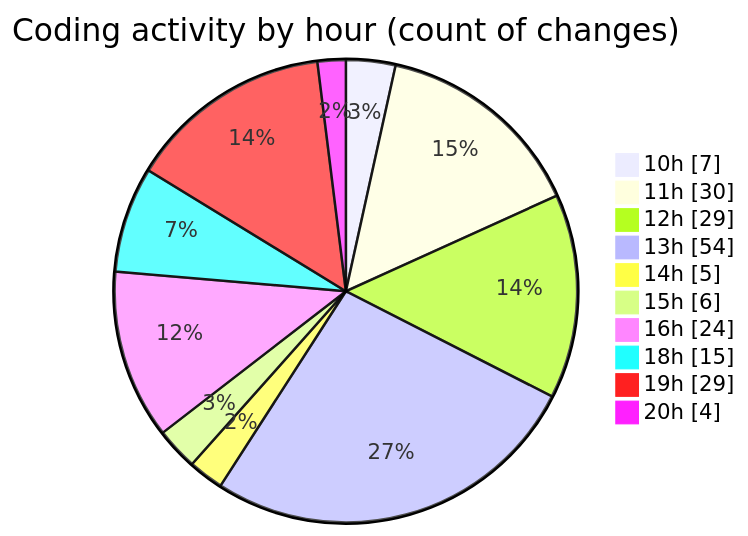
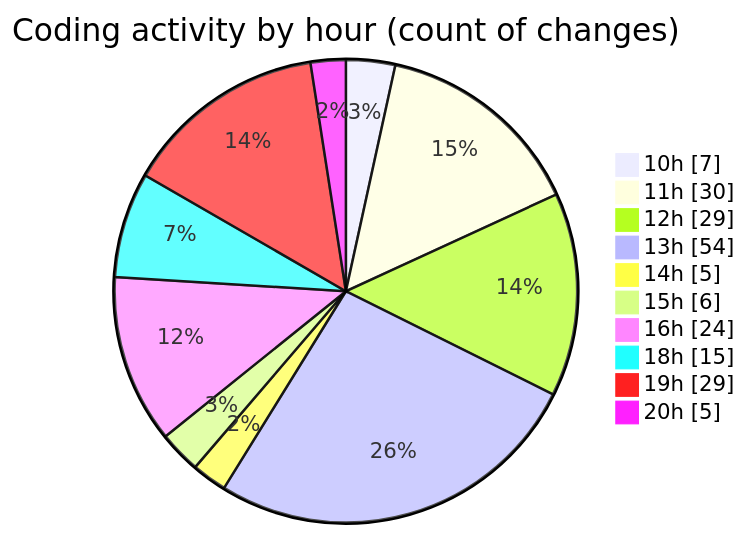
The second of 2 diagrams in 2025-06-26/cda/README.md (momahboobian/code-tracking), drawn with Mermaid before and after one commit. The commit also changed other lines of this file and 1 other file, not shown here.

````diff
--- a/2025-06-26/cda/README.md
+++ b/2025-06-26/cda/README.md
@@ -45,14 +45,14 @@
 ```mermaid
 pie showData
 title Coding activity by hour (count of changes)
 "10h" : 7
 "11h" : 30
 "12h" : 29
 "13h" : 54
 "14h" : 5
 "15h" : 6
 "16h" : 24
 "18h" : 15
 "19h" : 29
-"20h" : 4
+"20h" : 5
 ```
````
